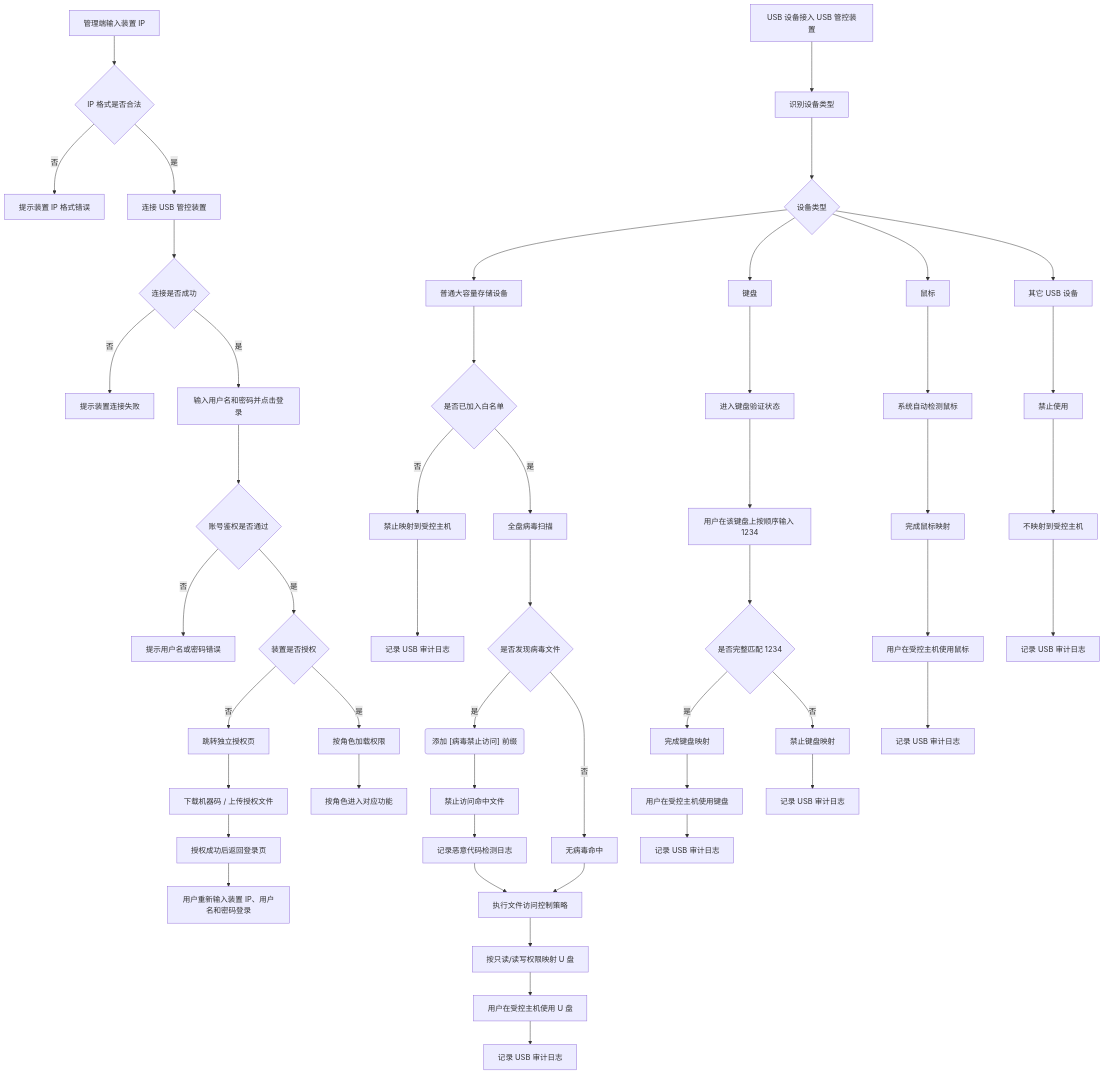
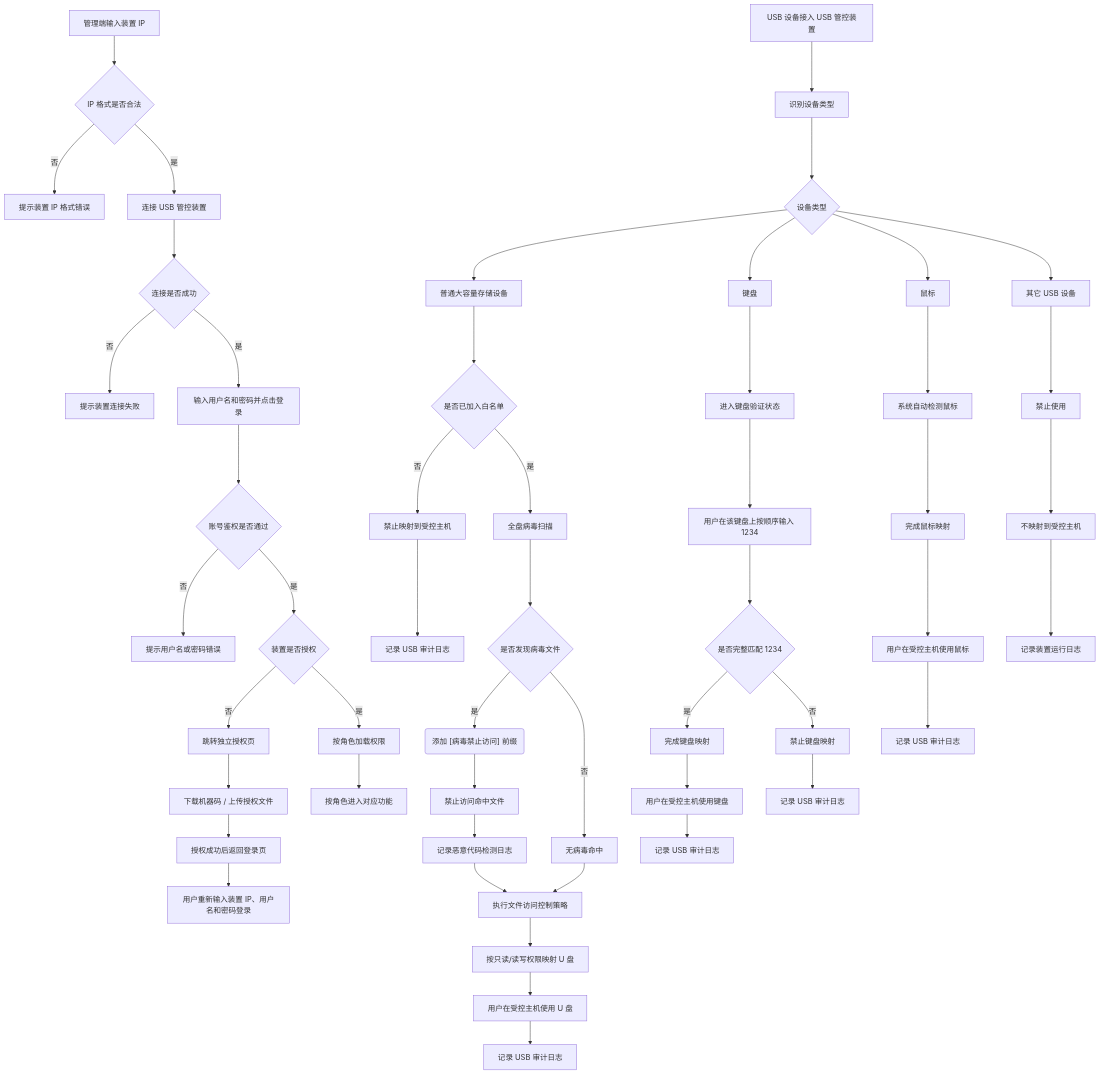
Before and after one commit to yexu27/usb-control-direct: the diagram in docs/prd/USB安全管理系统-PRD-v1.0.1.md, drawn with Mermaid. The commit also changed other lines of this file and 2 other files, not shown here.

Commit message:
docs(usb): 统一不支持设备日志口径
- 将 PRD 核心流程图中的其它 USB 设备日志改为装置运行日志
- 明确 USB 审计日志仅记录 U 盘、键盘、鼠标一进一出
- 补充 S01 与 S07 对 unsupported/unknown 的模块边界
- 修正 orchestrator 注释避免误读为业务审计日志

````diff
--- a/docs/prd/USB安全管理系统-PRD-v1.0.1.md
+++ b/docs/prd/USB安全管理系统-PRD-v1.0.1.md
@@ -235,58 +235,58 @@
 ```mermaid
 flowchart TD
     A0["管理端输入装置 IP"] --> A1{IP 格式是否合法}
     A1 -- 否 --> A12["提示装置 IP 格式错误"]
     A1 -- 是 --> A13["连接 USB 管控装置"]
     A13 --> A14{连接是否成功}
     A14 -- 否 --> A15["提示装置连接失败"]
     A14 -- 是 --> A2["输入用户名和密码并点击登录"]
     A2 --> A3{账号鉴权是否通过}
     A3 -- 否 --> A9["提示用户名或密码错误"]
     A3 -- 是 --> A10{装置是否授权}
     A10 -- 否 --> A4["跳转独立授权页"]
     A4 --> A5["下载机器码 / 上传授权文件"]
     A5 --> A6["授权成功后返回登录页"]
     A10 -- 是 --> A7["按角色加载权限"]
     A6 --> A11["用户重新输入装置 IP、用户名和密码登录"]
     A7 --> A8["按角色进入对应功能"]
 
     B0["USB 设备接入 USB 管控装置"] --> B1["识别设备类型"]
     B1 --> B2{设备类型}
     B2 --> C["普通大容量存储设备"]
     B2 --> D["键盘"]
     B2 --> E["鼠标"]
     B2 --> G["其它 USB 设备"]
 
     C --> C1{是否已加入白名单}
     C1 -- 否 --> C2["禁止映射到受控主机"]
     C2 --> C3["记录 USB 审计日志"]
     C1 -- 是 --> C4["全盘病毒扫描"]
     C4 --> C5{是否发现病毒文件}
     C5 -- 是 --> C6("添加 [病毒禁止访问] 前缀")
     C6 --> C7["禁止访问命中文件"]
     C7 --> C8["记录恶意代码检测日志"]
     C5 -- 否 --> C9["无病毒命中"]
     C8 --> C10["执行文件访问控制策略"]
     C9 --> C10
     C10 --> C11["按只读/读写权限映射 U 盘"]
     C11 --> C12["用户在受控主机使用 U 盘"]
     C12 --> C13["记录 USB 审计日志"]
 
     D --> D1["进入键盘验证状态"]
     D1 --> D2["用户在该键盘上按顺序输入 1234"]
     D2 --> D3{是否完整匹配 1234}
     D3 -- 是 --> D4["完成键盘映射"]
     D4 --> D5["用户在受控主机使用键盘"]
     D5 --> D6["记录 USB 审计日志"]
     D3 -- 否 --> D7["禁止键盘映射"]
     D7 --> D8["记录 USB 审计日志"]
 
     E --> E1["系统自动检测鼠标"]
     E1 --> E2["完成鼠标映射"]
     E2 --> E3["用户在受控主机使用鼠标"]
     E3 --> E4["记录 USB 审计日志"]
 
     G --> G1["禁止使用"]
     G1 --> G2["不映射到受控主机"]
-    G2 --> G3["记录 USB 审计日志"]
+    G2 --> G3["记录装置运行日志"]
 ```
````
